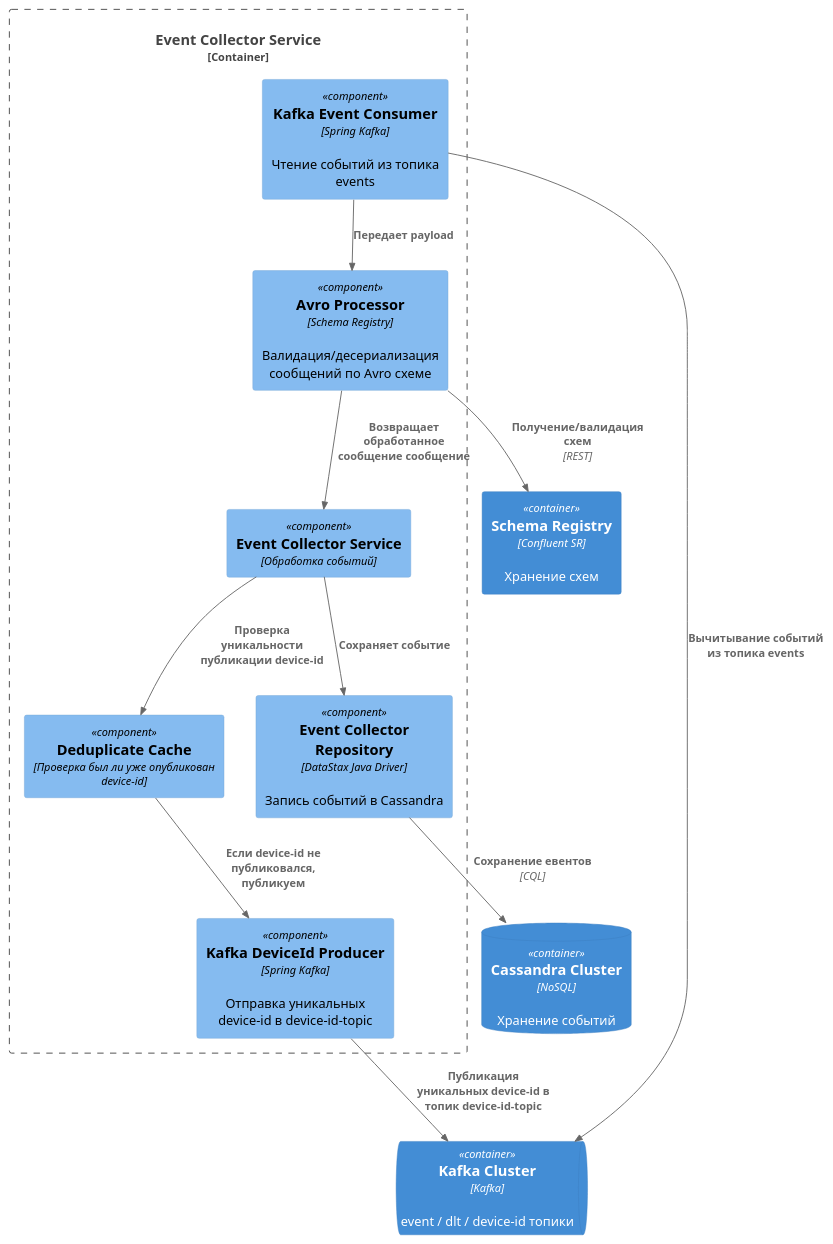
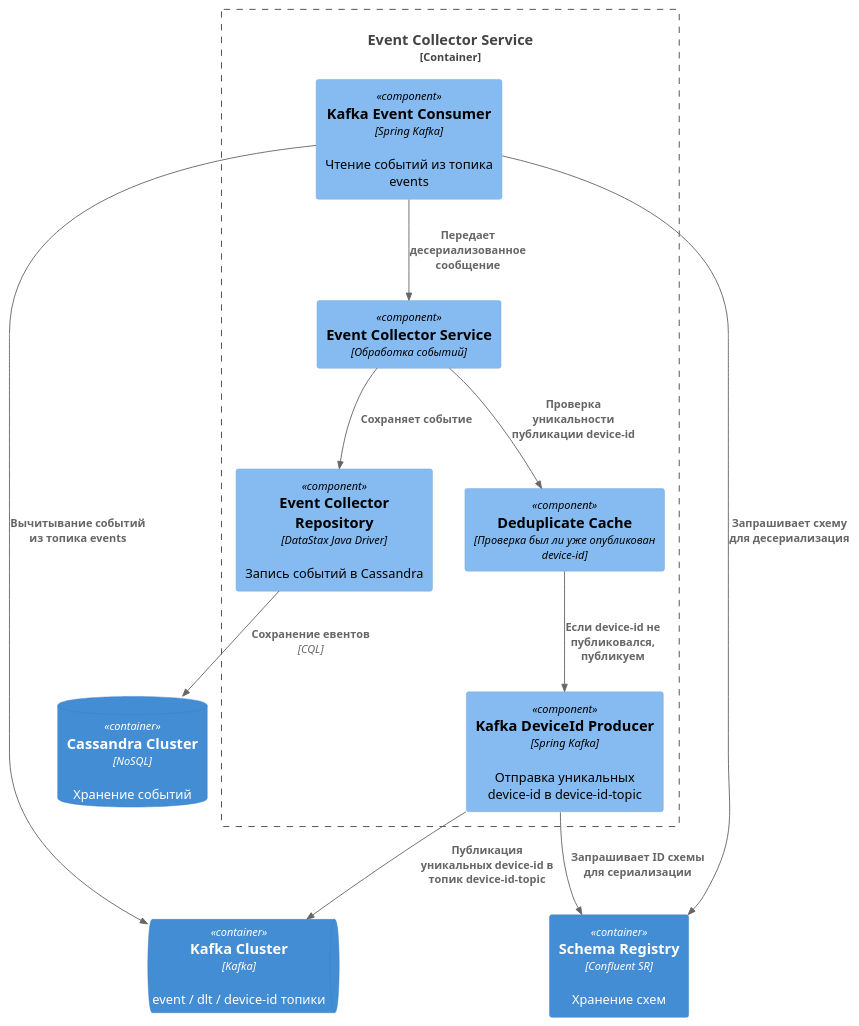
Before and after one commit to SinglePlayer56/iot: the diagram in diagrams/component.puml, drawn with PlantUML. The commit also changed 1 other file, not shown here.

Commit message:
Update diagrams: remove Avro Processor.

```diff
--- a/diagrams/component.puml
+++ b/diagrams/component.puml
@@ -1,28 +1,27 @@
 @startuml
 !includeurl https://raw.githubusercontent.com/plantuml-stdlib/C4-PlantUML/master/C4_Component.puml
 
 Container_Boundary(event_collector_service, "Event Collector Service") {
     Component(event_service, "Event Collector Service", "Обработка событий")
     Component(event_repo, "Event Collector Repository", "DataStax Java Driver", "Запись событий в Cassandra")
     Component(dedup_cache, "Deduplicate Cache", "Проверка был ли уже опубликован device-id")
     Component(kafka_event_consumer, "Kafka Event Consumer", "Spring Kafka", "Чтение событий из топика events")
-    Component(avro_processor, "Avro Processor", "Schema Registry", "Валидация/десериализация сообщений по Avro схеме")
     Component(kafka_device_id_producer, "Kafka DeviceId Producer", "Spring Kafka", "Отправка уникальных device-id в device-id-topic")
 
-    Rel(kafka_event_consumer, avro_processor, "Передает payload")
-    Rel(avro_processor, event_service, "Возвращает обработанное сообщение сообщение")
+    Rel(kafka_event_consumer, event_service, "Передает десериализованное сообщение")
     Rel(event_service, event_repo, "Сохраняет событие")
     Rel(event_service, dedup_cache, "Проверка уникальности публикации device-id")
     Rel(dedup_cache, kafka_device_id_producer, "Если device-id не публиковался, публикуем")
 }
 
 ContainerDb(cassandra, "Cassandra Cluster", "NoSQL", "Хранение событий")
 ContainerQueue(kafka, "Kafka Cluster", "Kafka", "event / dlt / device-id топики")
 Container(schema_registry, "Schema Registry", "Confluent SR", "Хранение схем")
 
 Rel(event_repo, cassandra, "Сохранение евентов", "CQL")
-Rel(avro_processor, schema_registry, "Получение/валидация схем", "REST")
+Rel(kafka_event_consumer, schema_registry, "Запрашивает схему для десериализация")
+Rel(kafka_device_id_producer, schema_registry, "Запрашивает ID схемы для сериализации")
 Rel(kafka_event_consumer, kafka, "Вычитывание событий из топика events")
 Rel(kafka_device_id_producer, kafka, "Публикация уникальных device-id в топик device-id-topic")
 
 @enduml
```
